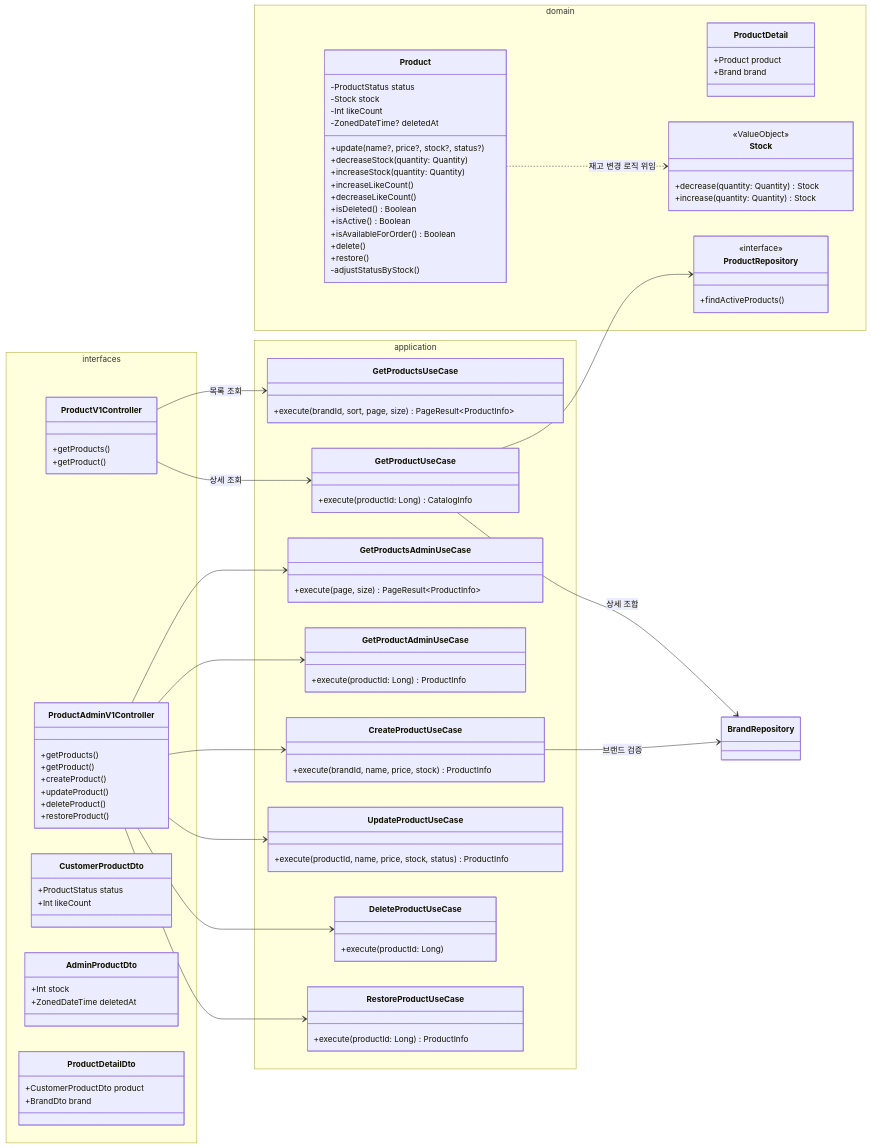
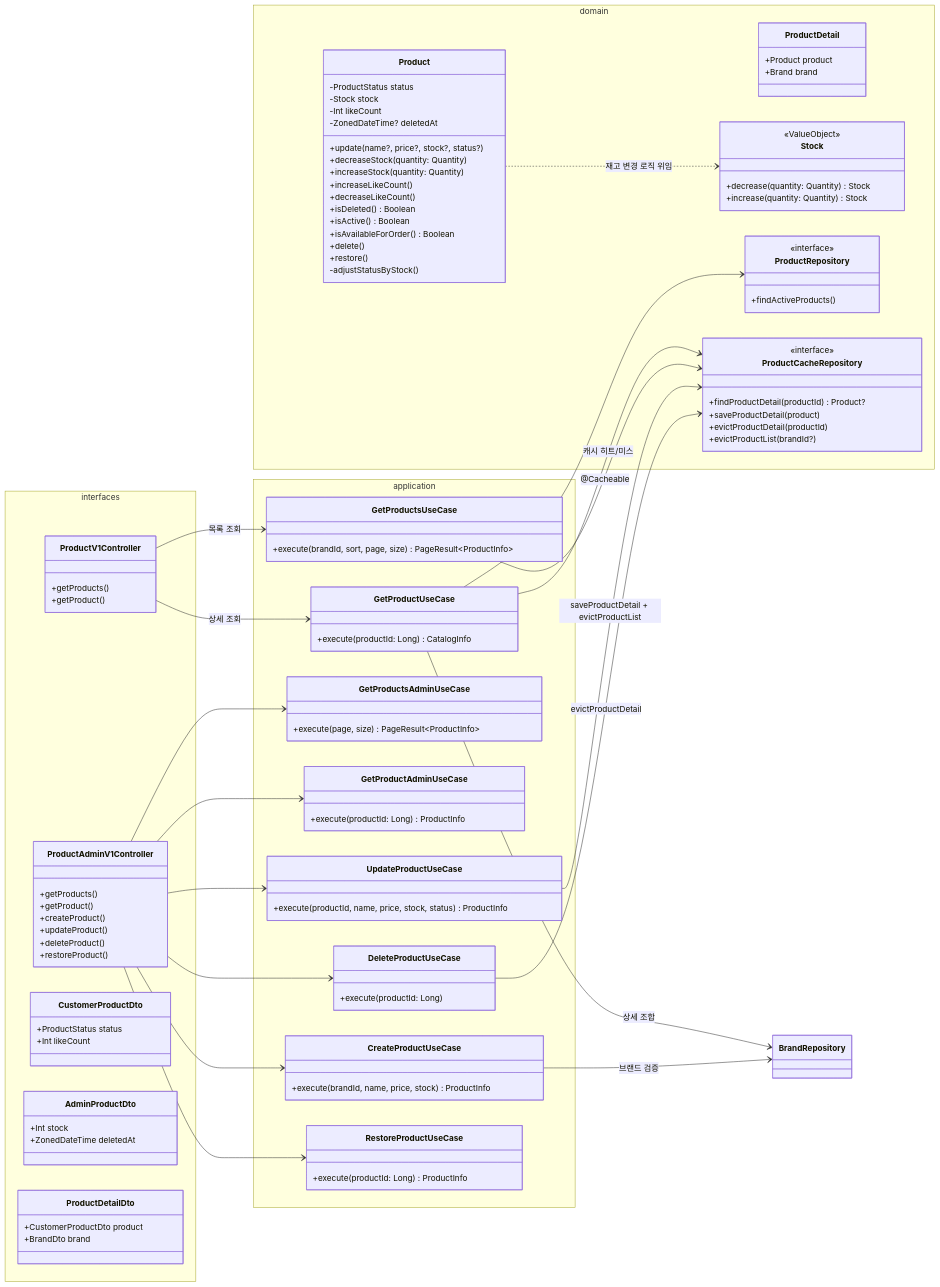
One commit to Loopers-dev-lab/loop-pack-be-l2-vol3-kotlin changed the third of 8 diagrams in docs/design/03-class-diagram.md. Above: the diagram before and after it, drawn with Mermaid. The commit also changed other lines of this file and 4 other files, not shown here.

````diff
--- a/docs/design/03-class-diagram.md
+++ b/docs/design/03-class-diagram.md
@@ -321,6 +321,13 @@
             <<interface>>
             +findActiveProducts()
         }
+        class ProductCacheRepository {
+            <<interface>>
+            +findProductDetail(productId) Product?
+            +saveProductDetail(product)
+            +evictProductDetail(productId)
+            +evictProductList(brandId?)
+        }
     }
 
     ProductV1Controller --> GetProductsUseCase: 목록 조회
@@ -333,6 +340,10 @@
     ProductAdminV1Controller --> RestoreProductUseCase
     GetProductUseCase --> ProductRepository
     GetProductUseCase --> BrandRepository: 상세 조합
+    GetProductUseCase --> ProductCacheRepository: 캐시 히트/미스
+    GetProductsUseCase --> ProductCacheRepository: @Cacheable
+    UpdateProductUseCase --> ProductCacheRepository: saveProductDetail + evictProductList
+    DeleteProductUseCase --> ProductCacheRepository: evictProductDetail
     CreateProductUseCase --> BrandRepository: 브랜드 검증
     Product ..> Stock: 재고 변경 로직 위임
 ```
````
